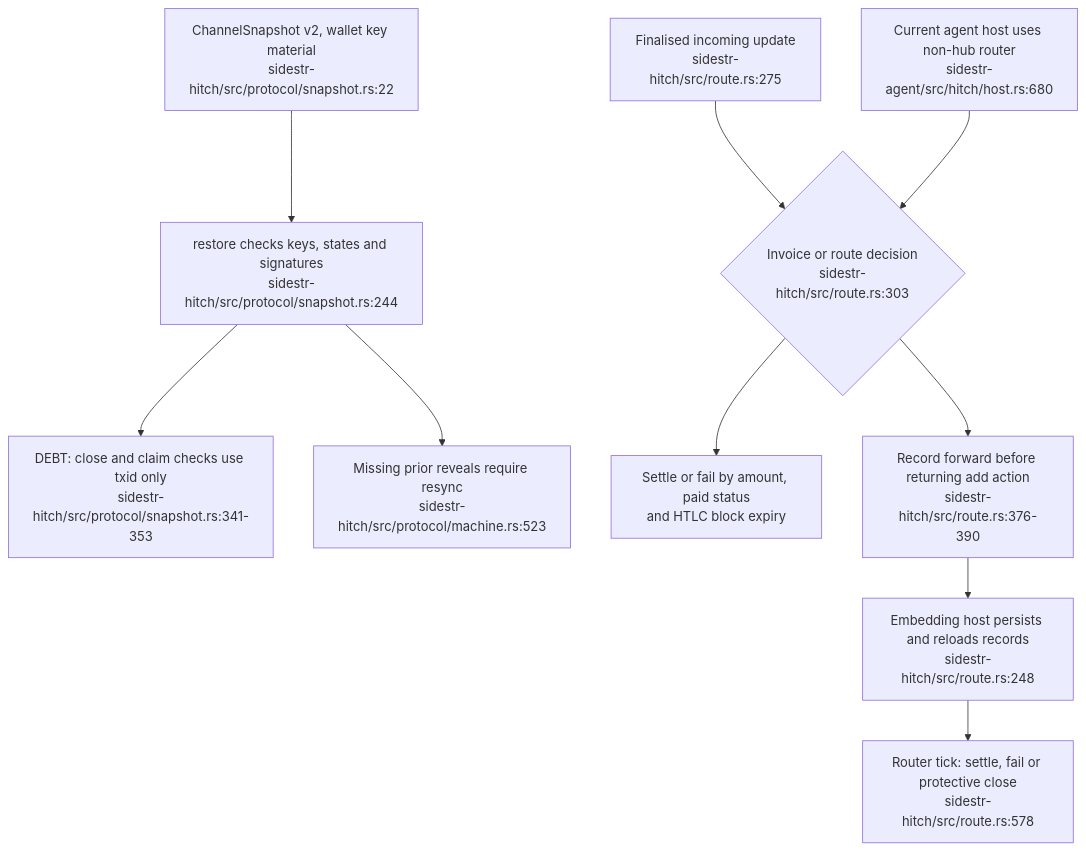
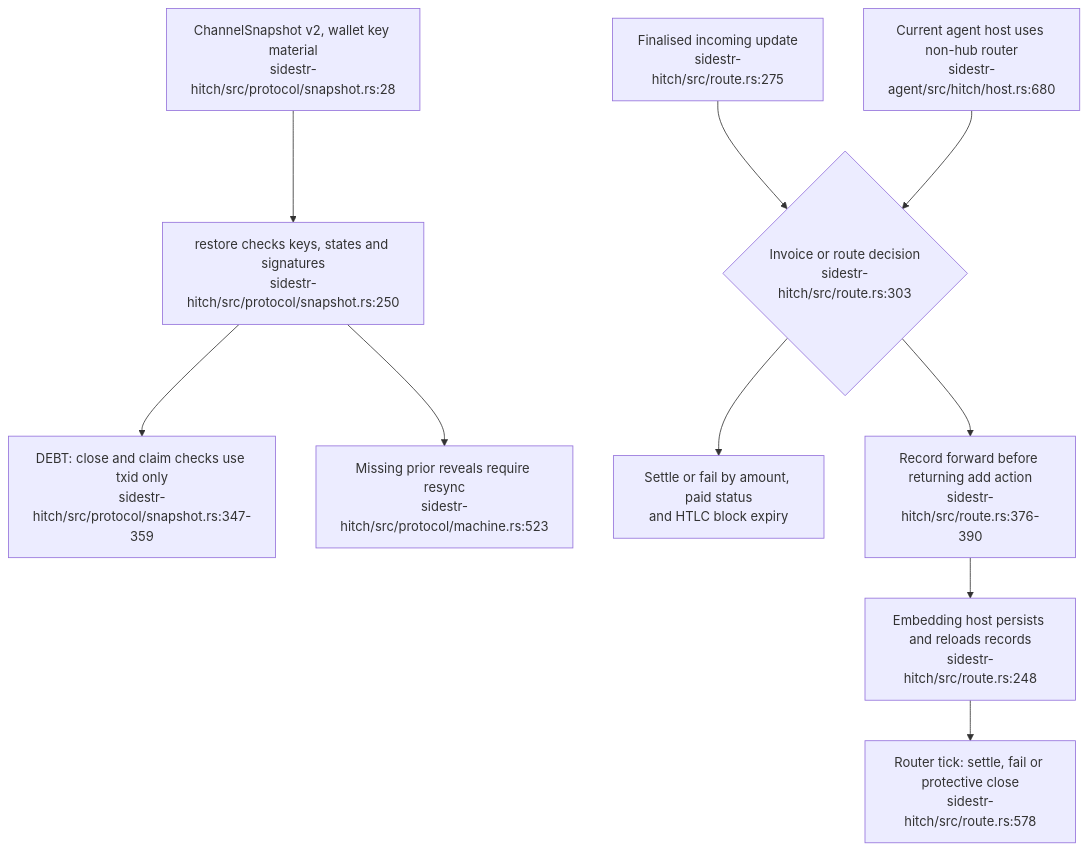
Before and after one commit to DreamLab-AI/VisionFlow: the third of 5 diagrams in docs/diagrams/sidestr-rs/04-hitch-channel-kernel-and-host-gap.md, drawn with Mermaid. The commit also changed other lines of this file, not shown here.

First line of the commit message:
docs(diagrams): SR-04 records the Hitch follower's genesis pin and re-stamps to sidestr-rs 04804c89

````diff
--- a/docs/diagrams/sidestr-rs/04-hitch-channel-kernel-and-host-gap.md
+++ b/docs/diagrams/sidestr-rs/04-hitch-channel-kernel-and-host-gap.md
@@ -93,12 +93,12 @@
 ```mermaid
 flowchart TB
-    SNAP["ChannelSnapshot v2, wallet key material<br/>sidestr-hitch/src/protocol/snapshot.rs:22"] --> RESTORE["restore checks keys, states and signatures<br/>sidestr-hitch/src/protocol/snapshot.rs:244"]
-    RESTORE --> TXID["DEBT: close and claim checks use txid only<br/>sidestr-hitch/src/protocol/snapshot.rs:341-353"]
+    SNAP["ChannelSnapshot v2, wallet key material<br/>sidestr-hitch/src/protocol/snapshot.rs:28"] --> RESTORE["restore checks keys, states and signatures<br/>sidestr-hitch/src/protocol/snapshot.rs:250"]
+    RESTORE --> TXID["DEBT: close and claim checks use txid only<br/>sidestr-hitch/src/protocol/snapshot.rs:347-359"]
     RESTORE --> MISSING["Missing prior reveals require resync<br/>sidestr-hitch/src/protocol/machine.rs:523"]
     FINAL["Finalised incoming update<br/>sidestr-hitch/src/route.rs:275"] --> DECIDE{"Invoice or route decision<br/>sidestr-hitch/src/route.rs:303"}
     DECIDE --> SETTLE["Settle or fail by amount, paid status<br/>and HTLC block expiry"]
     DECIDE --> FORWARD["Record forward before returning add action<br/>sidestr-hitch/src/route.rs:376-390"]
     FORWARD --> HOST["Embedding host persists and reloads records<br/>sidestr-hitch/src/route.rs:248"]
     HOST --> TICK["Router tick: settle, fail or protective close<br/>sidestr-hitch/src/route.rs:578"]
     ENDPOINT["Current agent host uses non-hub router<br/>sidestr-agent/src/hitch/host.rs:680"] --> DECIDE
 ```
````
